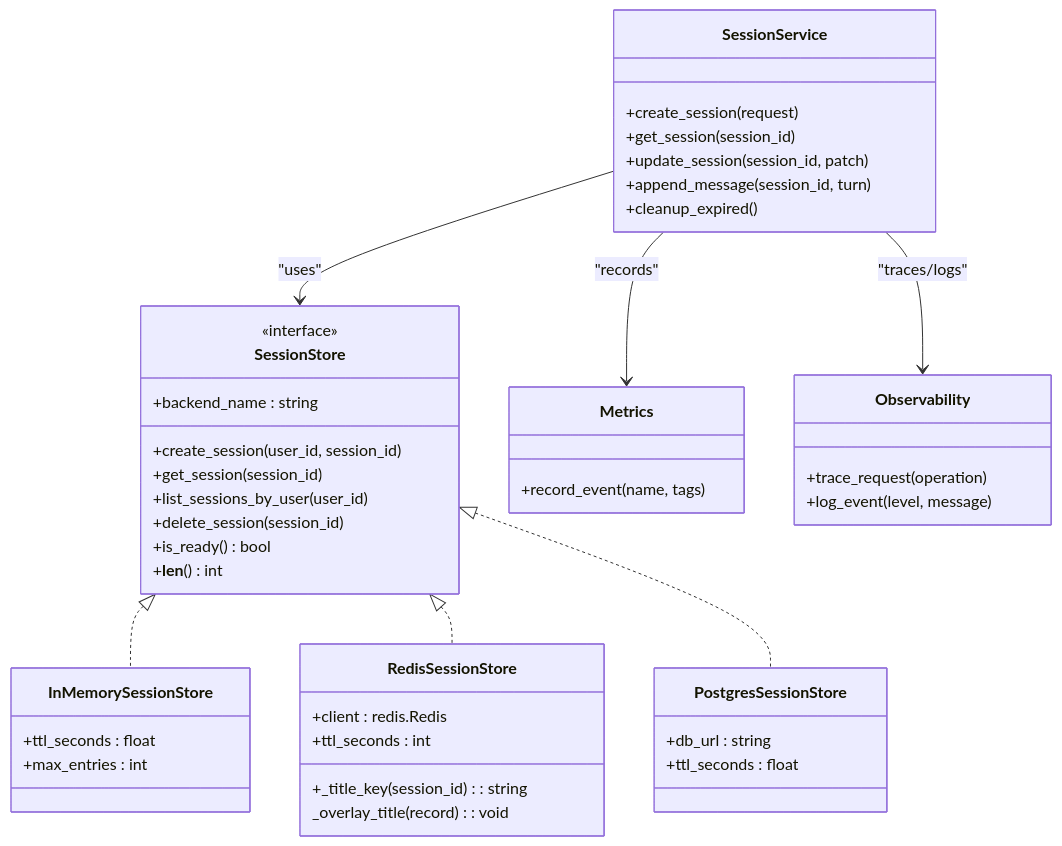
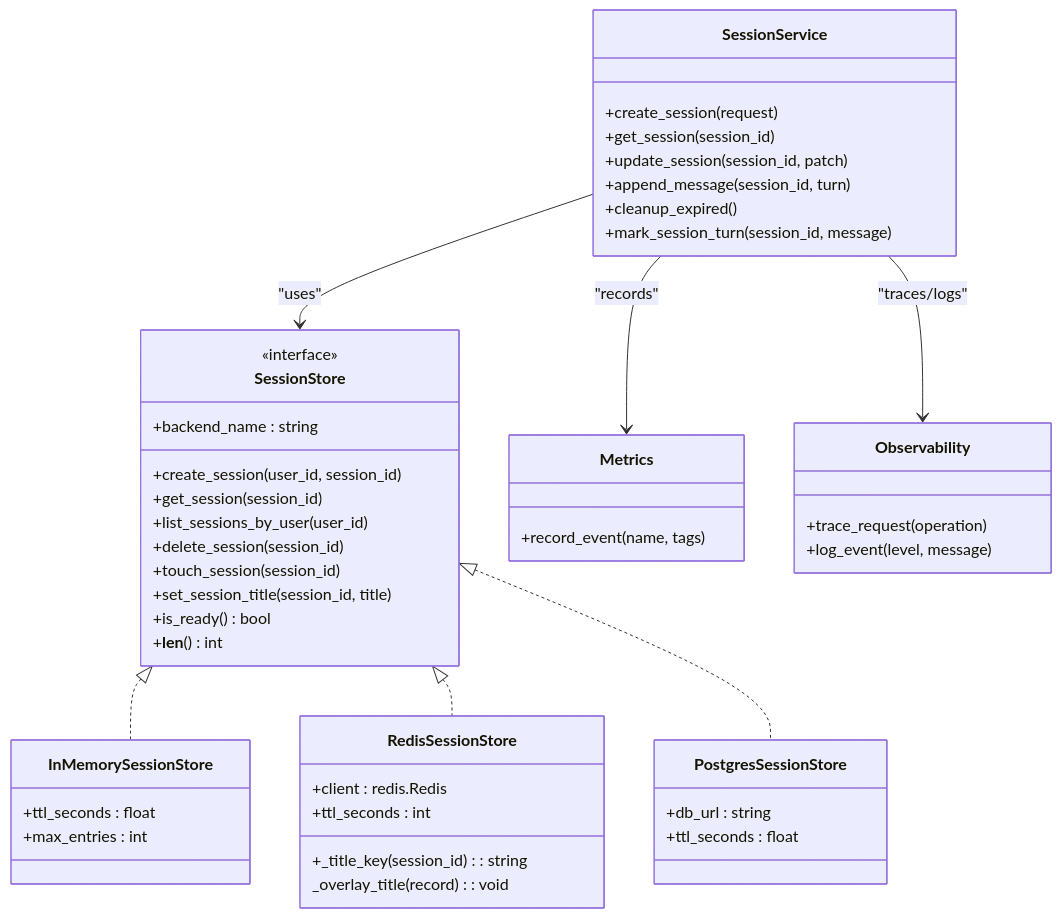
One commit to metasync/luban-aiops changed the fifth of 5 diagrams in .qoder/repowiki/en/content/Agent Platform Service/Session Management and State Persistence.md. Above: the diagram before and after it, drawn with Mermaid. The commit also changed other lines of this file and 51 other files, not shown here.

````diff
--- a/.qoder/repowiki/en/content/Agent Platform Service/Session Management and State Persistence.md
+++ b/.qoder/repowiki/en/content/Agent Platform Service/Session Management and State Persistence.md
@@ -383,47 +387,50 @@
 ```mermaid
 classDiagram
 class SessionService {
 +create_session(request)
 +get_session(session_id)
 +update_session(session_id, patch)
 +append_message(session_id, turn)
 +cleanup_expired()
++mark_session_turn(session_id, message)
 }
 class SessionStore {
 <<interface>>
 +backend_name : string
 +create_session(user_id, session_id)
 +get_session(session_id)
 +list_sessions_by_user(user_id)
 +delete_session(session_id)
++touch_session(session_id)
++set_session_title(session_id, title)
 +is_ready() bool
 +__len__() int
 }
 class InMemorySessionStore {
 +ttl_seconds : float
 +max_entries : int
 }
 class RedisSessionStore {
 +client : redis.Redis
 +ttl_seconds : int
 +_title_key(session_id) : string
 _overlay_title(record) : void
 }
 class PostgresSessionStore {
 +db_url : string
 +ttl_seconds : float
 }
 class Metrics {
 +record_event(name, tags)
 }
 class Observability {
 +trace_request(operation)
 +log_event(level, message)
 }
 SessionService --> SessionStore : "uses"
 SessionStore <|.. InMemorySessionStore
 SessionStore <|.. RedisSessionStore
 SessionStore <|.. PostgresSessionStore
 SessionService --> Metrics : "records"
 SessionService --> Observability : "traces/logs"
 ```
````
